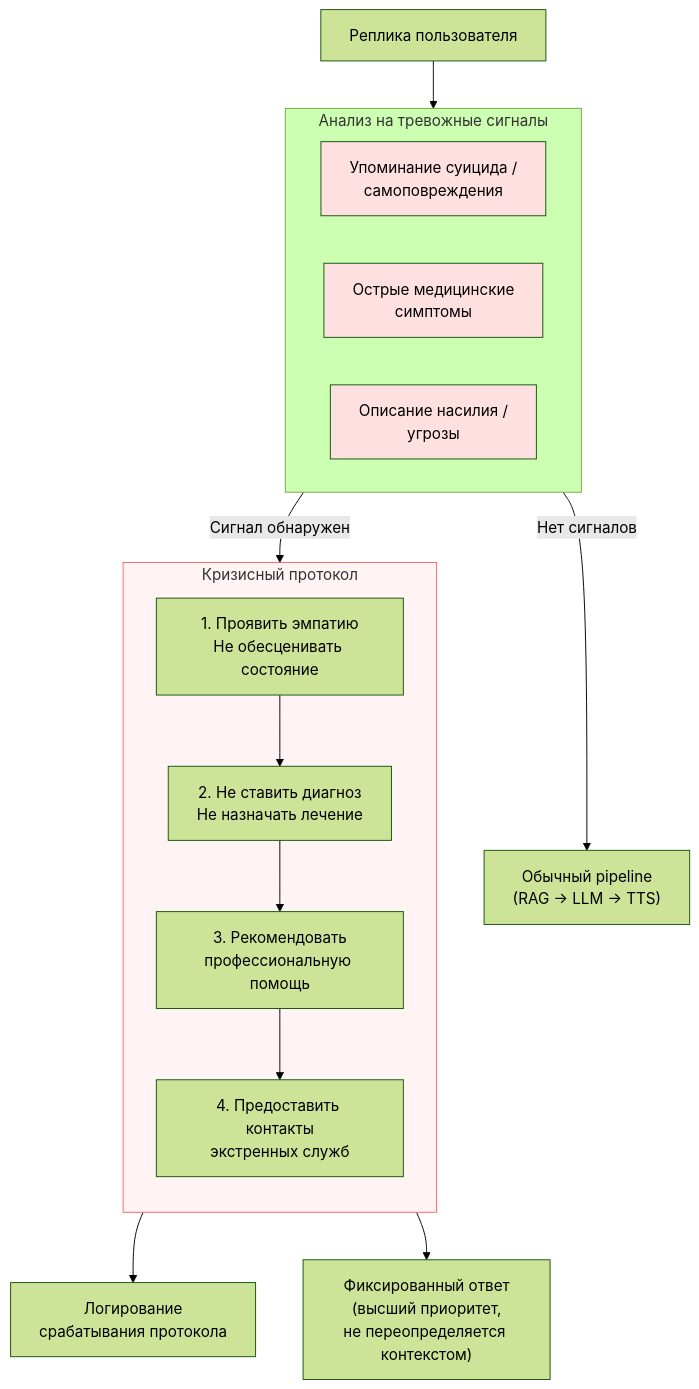
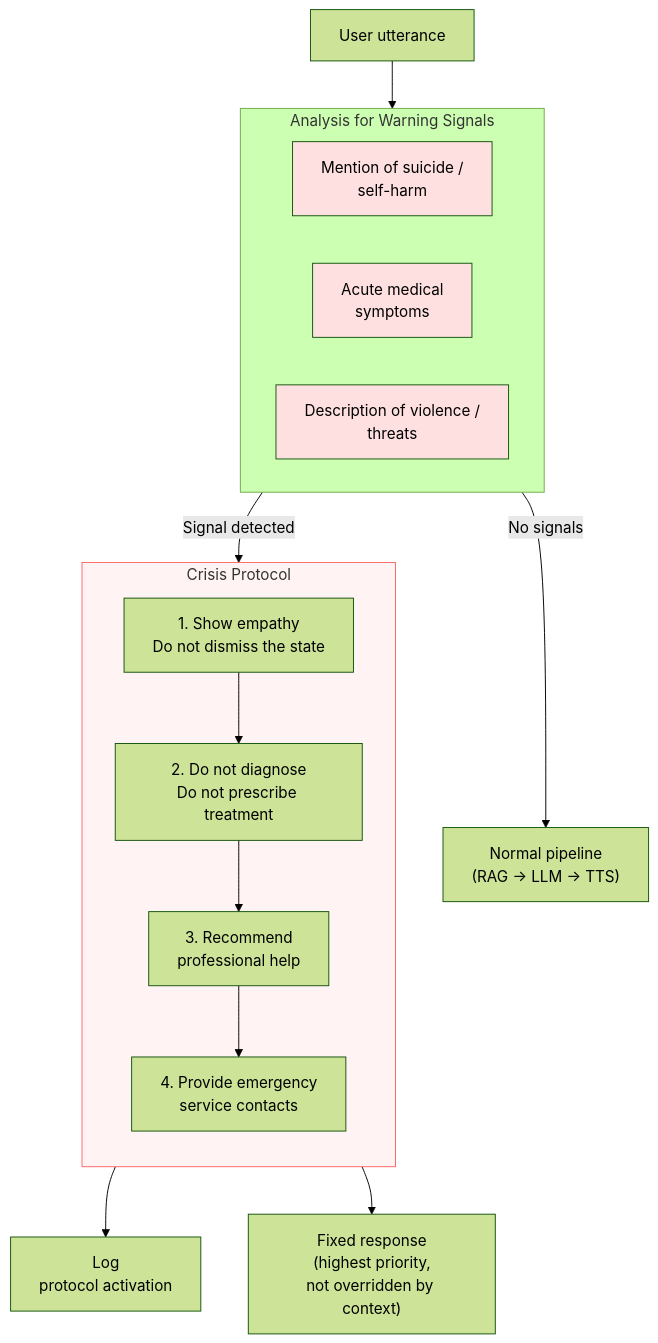
Before and after one commit to itechmeat/twype-voice: diagram 14 of 25 in docs/architecture.md, drawn with Mermaid (forest theme). The commit also changed other lines of this file and 30 other files, not shown here.

````diff
--- a/docs/architecture.md
+++ b/docs/architecture.md
@@ -663,30 +663,30 @@
 ```mermaid
 flowchart TD
-    INPUT["Реплика пользователя"] --> ANALYSIS
+    INPUT["User utterance"] --> ANALYSIS
 
-    subgraph ANALYSIS["Анализ на тревожные сигналы"]
-        CHECK1["Упоминание суицида /<br/>самоповреждения"]
-        CHECK2["Острые медицинские<br/>симптомы"]
-        CHECK3["Описание насилия /<br/>угрозы"]
+    subgraph ANALYSIS["Analysis for Warning Signals"]
+        CHECK1["Mention of suicide /<br/>self-harm"]
+        CHECK2["Acute medical<br/>symptoms"]
+        CHECK3["Description of violence /<br/>threats"]
     end
 
-    ANALYSIS -->|"Сигнал обнаружен"| CRISIS_MODE
-    ANALYSIS -->|"Нет сигналов"| NORMAL["Обычный pipeline<br/>(RAG → LLM → TTS)"]
+    ANALYSIS -->|"Signal detected"| CRISIS_MODE
+    ANALYSIS -->|"No signals"| NORMAL["Normal pipeline<br/>(RAG → LLM → TTS)"]
 
-    subgraph CRISIS_MODE["Кризисный протокол"]
+    subgraph CRISIS_MODE["Crisis Protocol"]
         direction TB
-        EMPATHY["1. Проявить эмпатию<br/>Не обесценивать состояние"]
-        SAFETY["2. Не ставить диагноз<br/>Не назначать лечение"]
-        HELP["3. Рекомендовать<br/>профессиональную помощь"]
-        CONTACTS["4. Предоставить контакты<br/>экстренных служб"]
+        EMPATHY["1. Show empathy<br/>Do not dismiss the state"]
+        SAFETY["2. Do not diagnose<br/>Do not prescribe treatment"]
+        HELP["3. Recommend<br/>professional help"]
+        CONTACTS["4. Provide emergency<br/>service contacts"]
         EMPATHY --> SAFETY --> HELP --> CONTACTS
     end
 
-    CRISIS_MODE --> LOG["Логирование<br/>срабатывания протокола"]
-    CRISIS_MODE --> RESPONSE["Фиксированный ответ<br/>(высший приоритет,<br/>не переопределяется контекстом)"]
+    CRISIS_MODE --> LOG["Log<br/>protocol activation"]
+    CRISIS_MODE --> RESPONSE["Fixed response<br/>(highest priority,<br/>not overridden by context)"]
 
     style CRISIS_MODE fill:#fff3f3,stroke:#ff6666
     style CHECK1 fill:#ffe0e0
     style CHECK2 fill:#ffe0e0
     style CHECK3 fill:#ffe0e0
 ```
````
